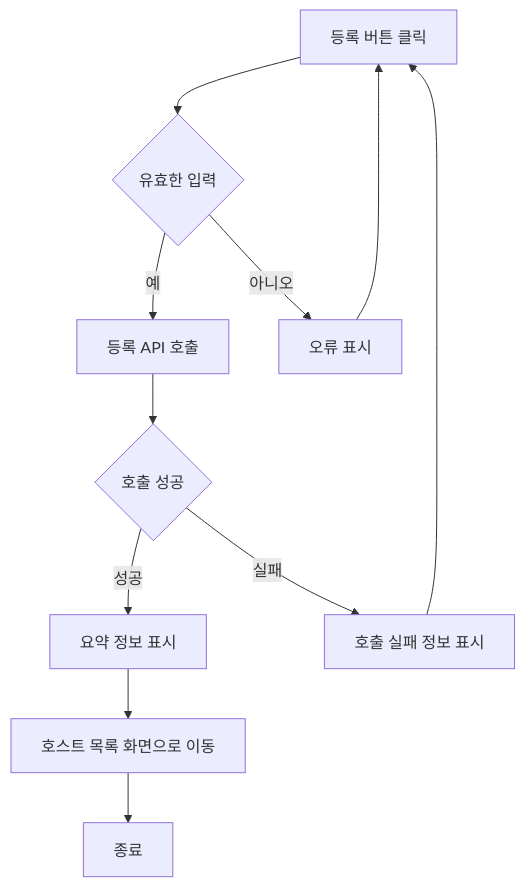
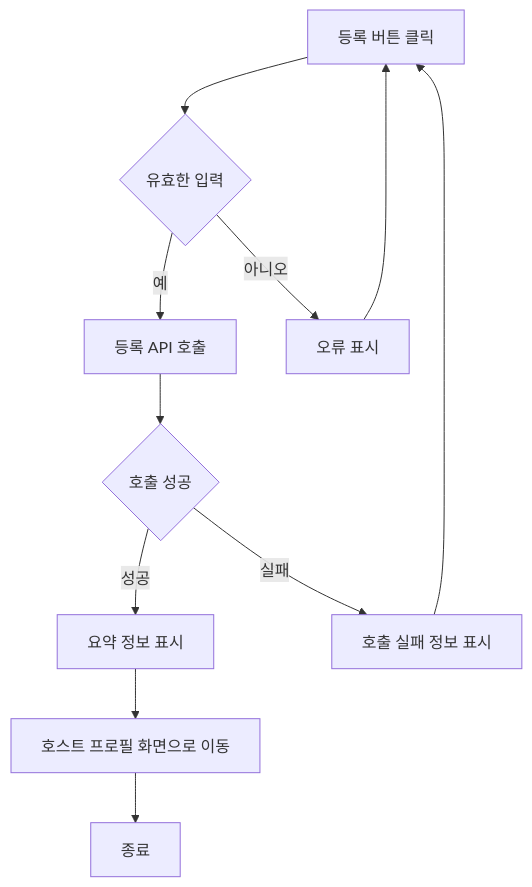
One commit to red-dev-Mark/devcamp-onboarding-project-Team-2 changed the first of 2 diagrams in design/기능정의서.md. Above: the diagram before and after it, drawn with Mermaid. The commit also changed other lines of this file, not shown here.

````diff
--- a/design/기능정의서.md
+++ b/design/기능정의서.md
@@ -46,13 +75,13 @@
 ```mermaid
 flowchart TD
     A[등록 버튼 클릭] --> B[입력 항목 유효성 검증]
     B{유효한 입력} -- 예 --> C[등록 API 호출]
     B{유효한 입력} -- 아니오 --> D[오류 표시]
     D --> A
     C --> E{호출 성공}
     E -- 성공 --> F[요약 정보 표시]
-    F --> G[호스트 목록 화면으로 이동]
+    F --> G[호스트 프로필 화면으로 이동]
     E -- 실패 --> H[호출 실패 정보 표시]
     H --> A
     G --> Z[종료]
 ```
````
